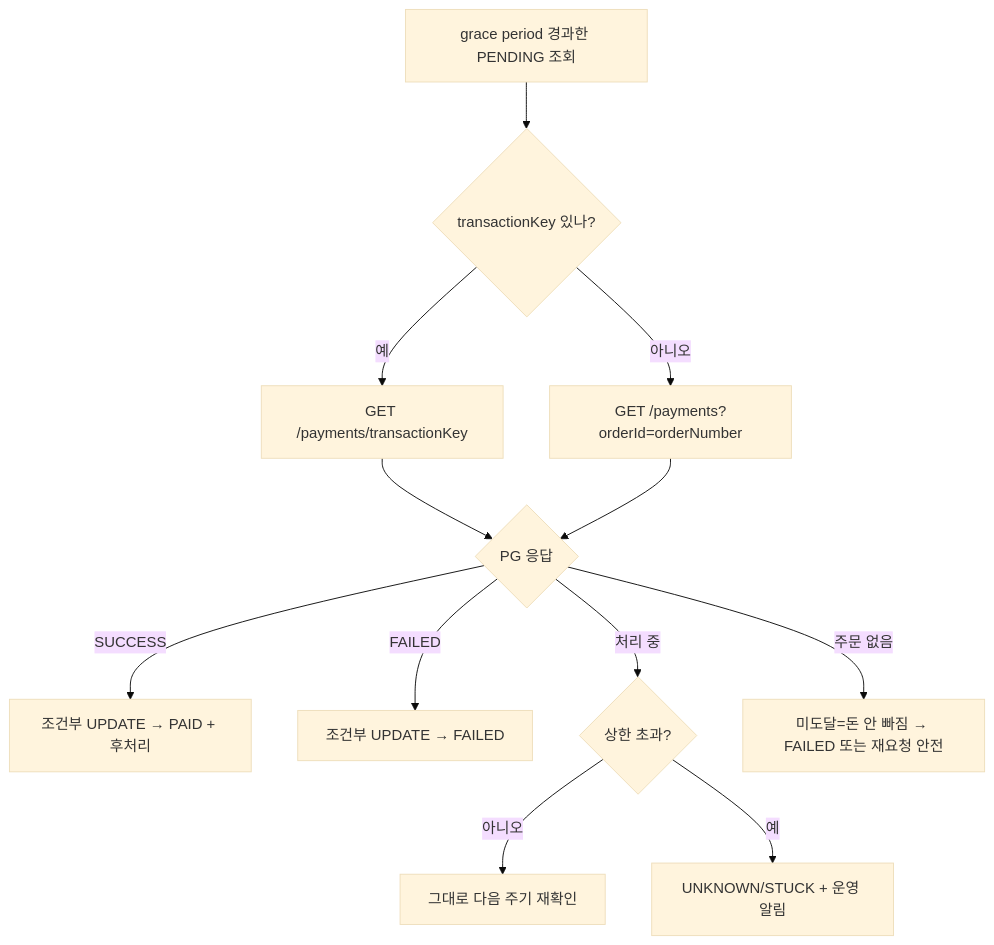
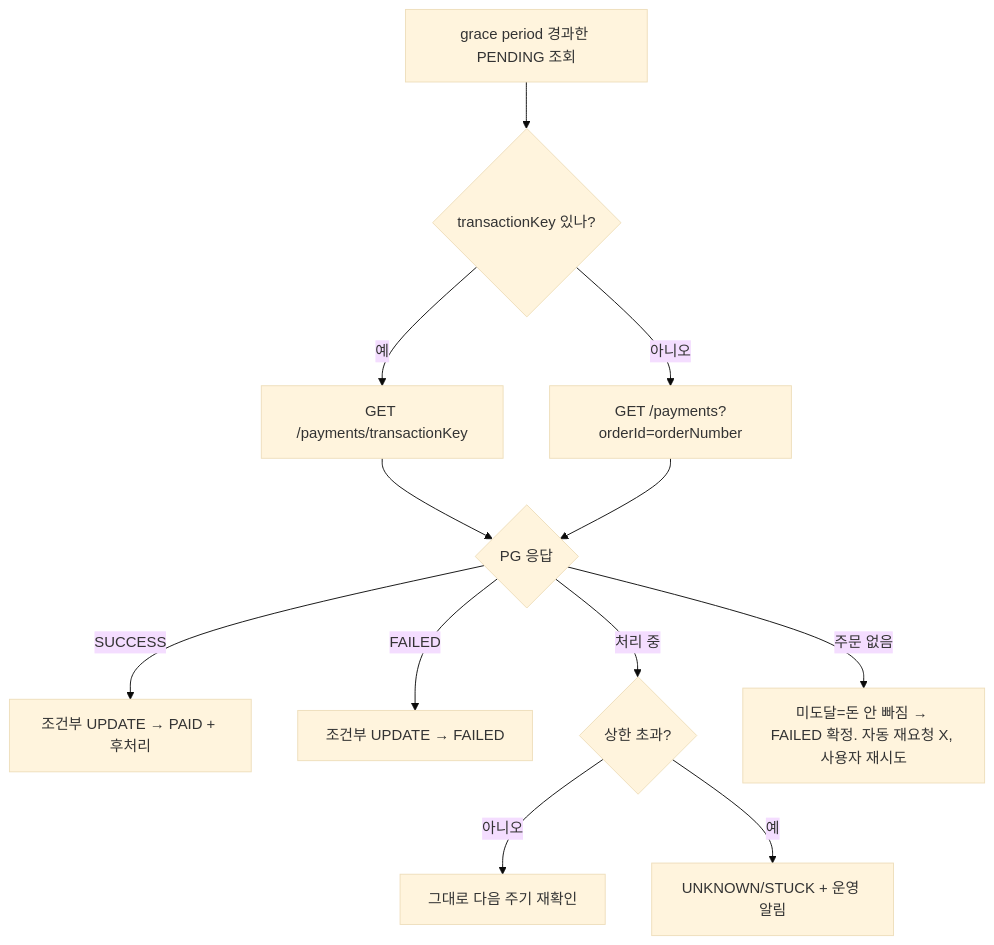
Before and after one commit to sskkilm/loop-pack-be-l2-vol4-java: the fourth of 5 diagrams in docs/week6/payment-design.md, drawn with Mermaid (base theme). The commit also changed other lines of this file and 1 other file, not shown here.

````diff
--- a/docs/week6/payment-design.md
+++ b/docs/week6/payment-design.md
@@ -230,14 +236,14 @@
 ```mermaid
 flowchart TD
     A[grace period 경과한 PENDING 조회] --> B{transactionKey 있나?}
     B -- 예 --> C[GET /payments/transactionKey]
     B -- 아니오 --> D[GET /payments?orderId=orderNumber]
     C --> E{PG 응답}
     D --> E
     E -- SUCCESS --> F[조건부 UPDATE → PAID + 후처리]
     E -- FAILED --> G[조건부 UPDATE → FAILED]
     E -- 처리 중 --> H{상한 초과?}
-    E -- 주문 없음 --> I[미도달=돈 안 빠짐 → FAILED 또는 재요청 안전]
+    E -- 주문 없음 --> I[미도달=돈 안 빠짐 → FAILED 확정. 자동 재요청 X, 사용자 재시도]
     H -- 아니오 --> J[그대로 다음 주기 재확인]
     H -- 예 --> K[UNKNOWN/STUCK + 운영 알림]
 ```
````
